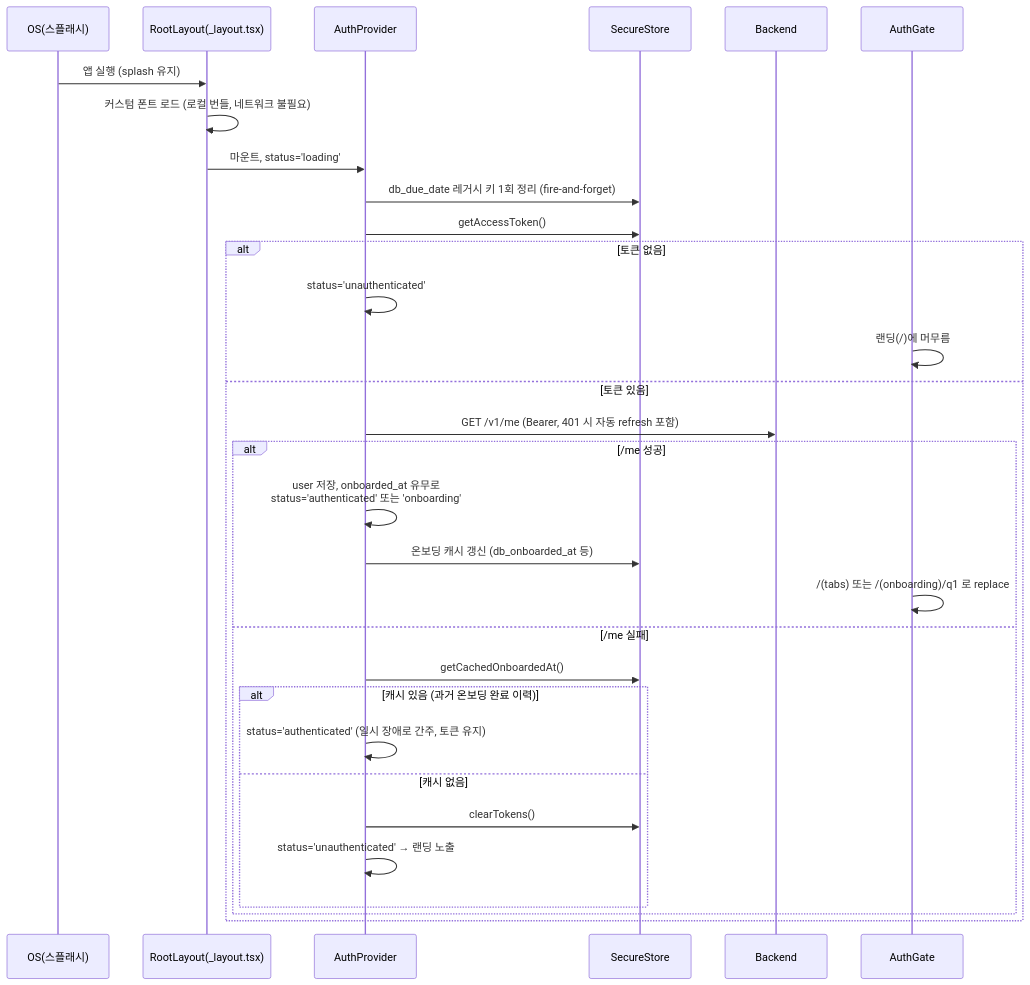
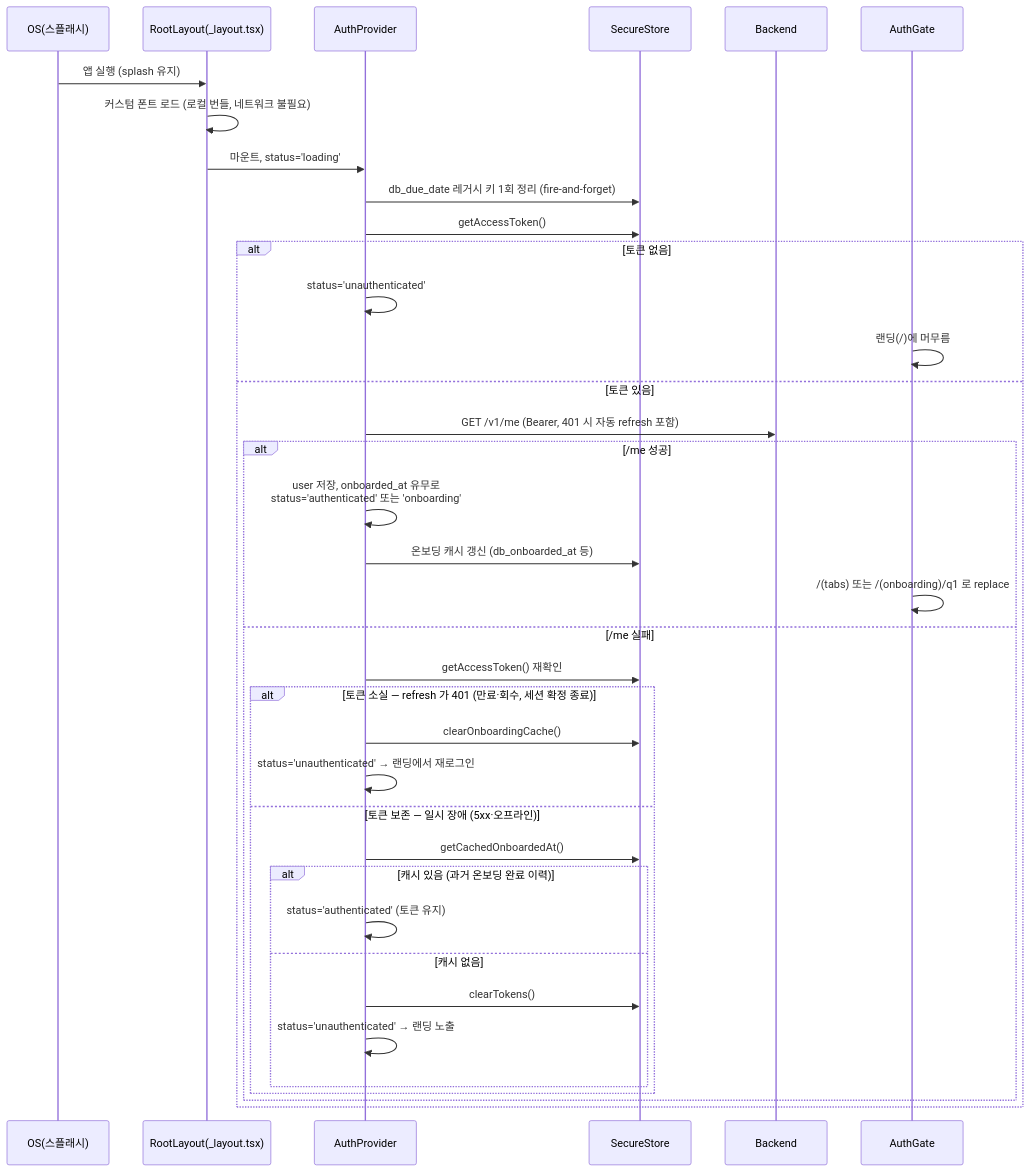
One commit to dlddu/dear-baby changed the first of 2 diagrams in docs/engineering/client-login-process.md. Above: the diagram before and after it, drawn with Mermaid. The commit also changed other lines of this file and 4 other files, not shown here.

First line of the commit message:
fix(auth): refresh 만료 복귀 시 좀비 인증 상태 대신 랜딩으로 재로그인 유도

````diff
--- a/docs/engineering/client-login-process.md
+++ b/docs/engineering/client-login-process.md
@@ -45,34 +45,40 @@
 ```mermaid
 sequenceDiagram
     participant OS as OS(스플래시)
     participant RL as RootLayout(_layout.tsx)
     participant AP as AuthProvider
     participant SS as SecureStore
     participant BE as Backend
     participant AG as AuthGate
 
     OS->>RL: 앱 실행 (splash 유지)
     RL->>RL: 커스텀 폰트 로드 (로컬 번들, 네트워크 불필요)
     RL->>AP: 마운트, status='loading'
     AP->>SS: db_due_date 레거시 키 1회 정리 (fire-and-forget)
     AP->>SS: getAccessToken()
     alt 토큰 없음
         AP->>AP: status='unauthenticated'
         AG->>AG: 랜딩(/)에 머무름
     else 토큰 있음
         AP->>BE: GET /v1/me (Bearer, 401 시 자동 refresh 포함)
         alt /me 성공
             AP->>AP: user 저장, onboarded_at 유무로<br/>status='authenticated' 또는 'onboarding'
             AP->>SS: 온보딩 캐시 갱신 (db_onboarded_at 등)
             AG->>AG: /(tabs) 또는 /(onboarding)/q1 로 replace
         else /me 실패
-            AP->>SS: getCachedOnboardedAt()
-            alt 캐시 있음 (과거 온보딩 완료 이력)
-                AP->>AP: status='authenticated' (일시 장애로 간주, 토큰 유지)
-            else 캐시 없음
-                AP->>SS: clearTokens()
-                AP->>AP: status='unauthenticated' → 랜딩 노출
+            AP->>SS: getAccessToken() 재확인
+            alt 토큰 소실 — refresh 가 401 (만료·회수, 세션 확정 종료)
+                AP->>SS: clearOnboardingCache()
+                AP->>AP: status='unauthenticated' → 랜딩에서 재로그인
+            else 토큰 보존 — 일시 장애 (5xx·오프라인)
+                AP->>SS: getCachedOnboardedAt()
+                alt 캐시 있음 (과거 온보딩 완료 이력)
+                    AP->>AP: status='authenticated' (토큰 유지)
+                else 캐시 없음
+                    AP->>SS: clearTokens()
+                    AP->>AP: status='unauthenticated' → 랜딩 노출
+                end
             end
         end
     end
 ```
````
